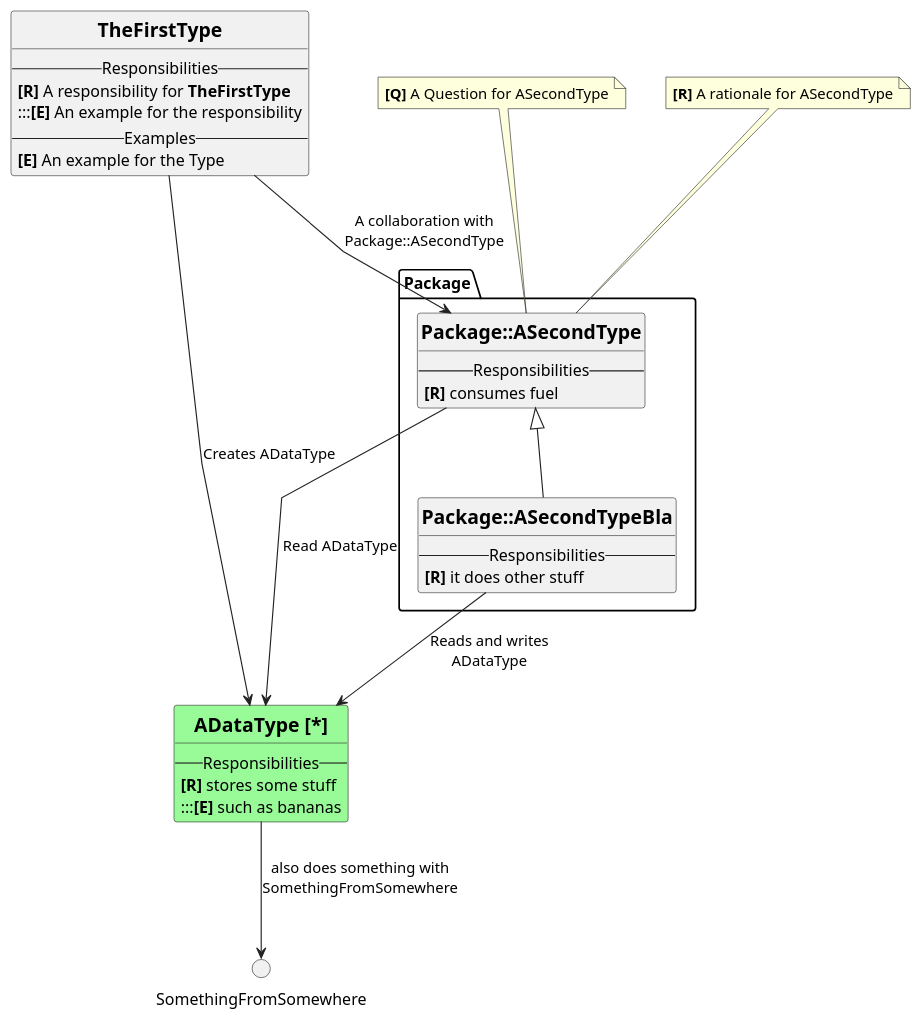
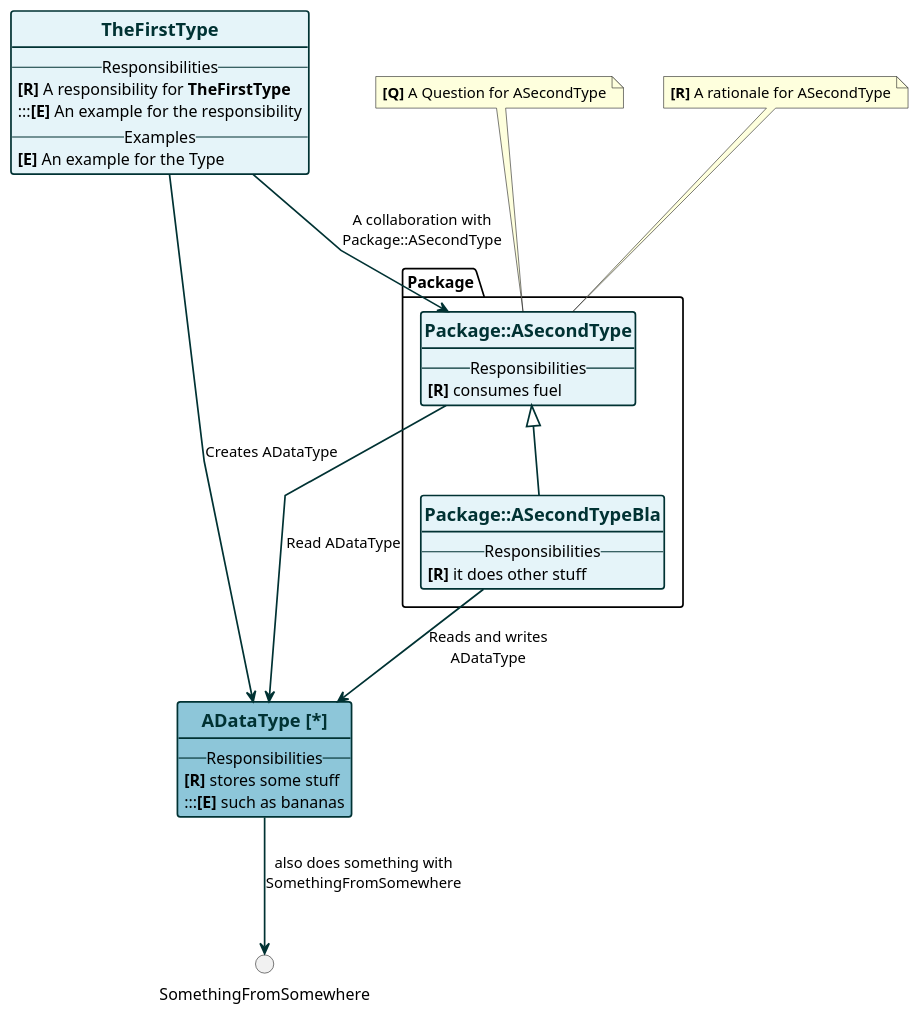
Before and after one commit to markusvoelter/CRCPlusPlus: the diagram in example.md.plantuml, drawn with PlantUML. The commit also changed 1 other file, not shown here.

```diff
--- a/example.md.plantuml
+++ b/example.md.plantuml
@@ -1,42 +1,46 @@
 @startuml
 skinparam class {
-  BackgroundColor<<data>> PaleGreen
-  BackgroundColor<<proxy>> PaleRed
-  ArrowColor #222222
-  BorderColor #222222
+  BackgroundColor #e5f4f9
+  BackgroundColor<<data>> #8dc6d9
+  BackgroundColor<<proxy>> #8dc6d9
+  ArrowColor #003233
+  BorderColor #003233
+  ArrowThickness 1.5
+  BorderThickness 1.5
+  FontColor #003233
 }
 skinparam linetype polyline
 hide circles
 hide stereotype
 set separator ::
 
-class "<b><size:17>TheFirstType</size></b>" as TheFirstType  {
+class "<b><size:16>TheFirstType</size></b>" as TheFirstType  {
 -- Responsibilities --
   <b>[R]</b> A responsibility for <b>TheFirstType</b>
   :::<b>[E]</b> An example for the responsibility
 -- Examples --
   <b>[E]</b> An example for the Type
 }
 TheFirstType --> Package::ASecondType : A collaboration with\nPackage::ASecondType
 TheFirstType --> ADataType : Creates ADataType
-class "<b><size:17>Package::ASecondType</size></b>" as Package::ASecondType  {
+class "<b><size:16>Package::ASecondType</size></b>" as Package::ASecondType  {
 -- Responsibilities --
   <b>[R]</b> consumes fuel
 }
 note top of Package::ASecondType : <b>[Q]</b> A Question for ASecondType
 note top of Package::ASecondType : <b>[R]</b> A rationale for ASecondType
 Package::ASecondType --> ADataType : Read ADataType
-class "<b><size:17>Package::ASecondTypeBla</size></b>" as Package::ASecondTypeBla  {
+class "<b><size:16>Package::ASecondTypeBla</size></b>" as Package::ASecondTypeBla  {
 -- Responsibilities --
   <b>[R]</b> it does other stuff
 }
 Package::ASecondTypeBla --> ADataType : Reads and writes\nADataType
 Package::ASecondType <|-- Package::ASecondTypeBla
 circle SomethingFromSomewhere
-class "<b><size:17>ADataType [*]</size></b>" as ADataType <<data>> {
+class "<b><size:16>ADataType [*]</size></b>" as ADataType <<data>> {
 -- Responsibilities --
   <b>[R]</b> stores some stuff
   :::<b>[E]</b> such as bananas
 }
 ADataType --> SomethingFromSomewhere : also does something with\nSomethingFromSomewhere
 @enduml
```
